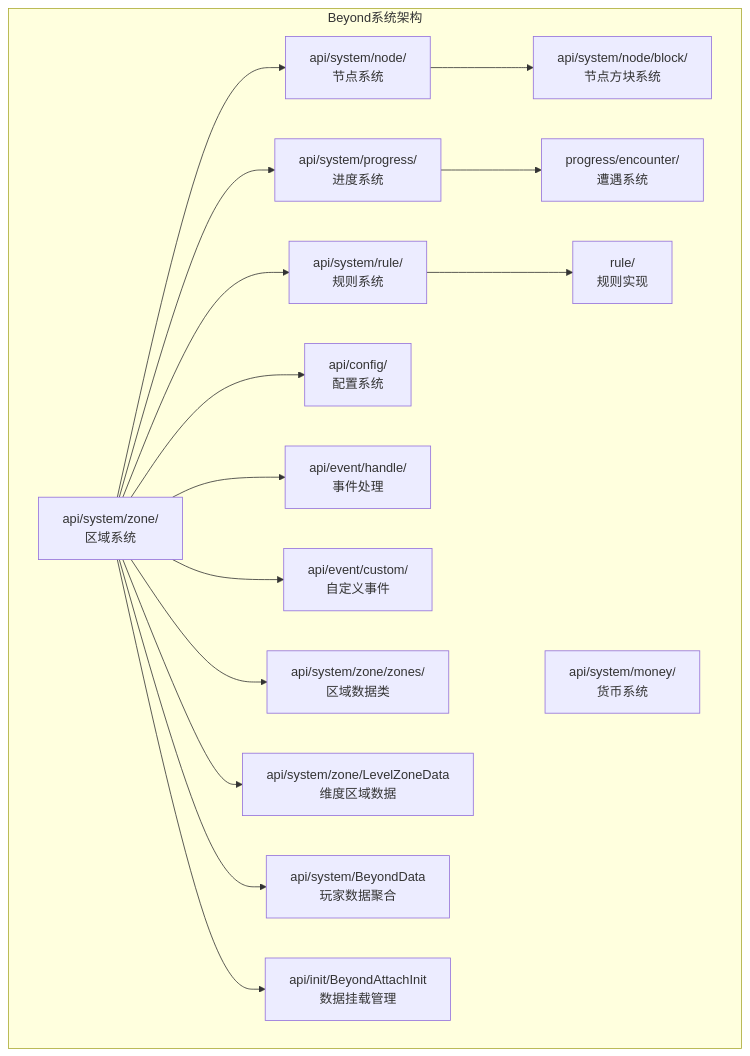
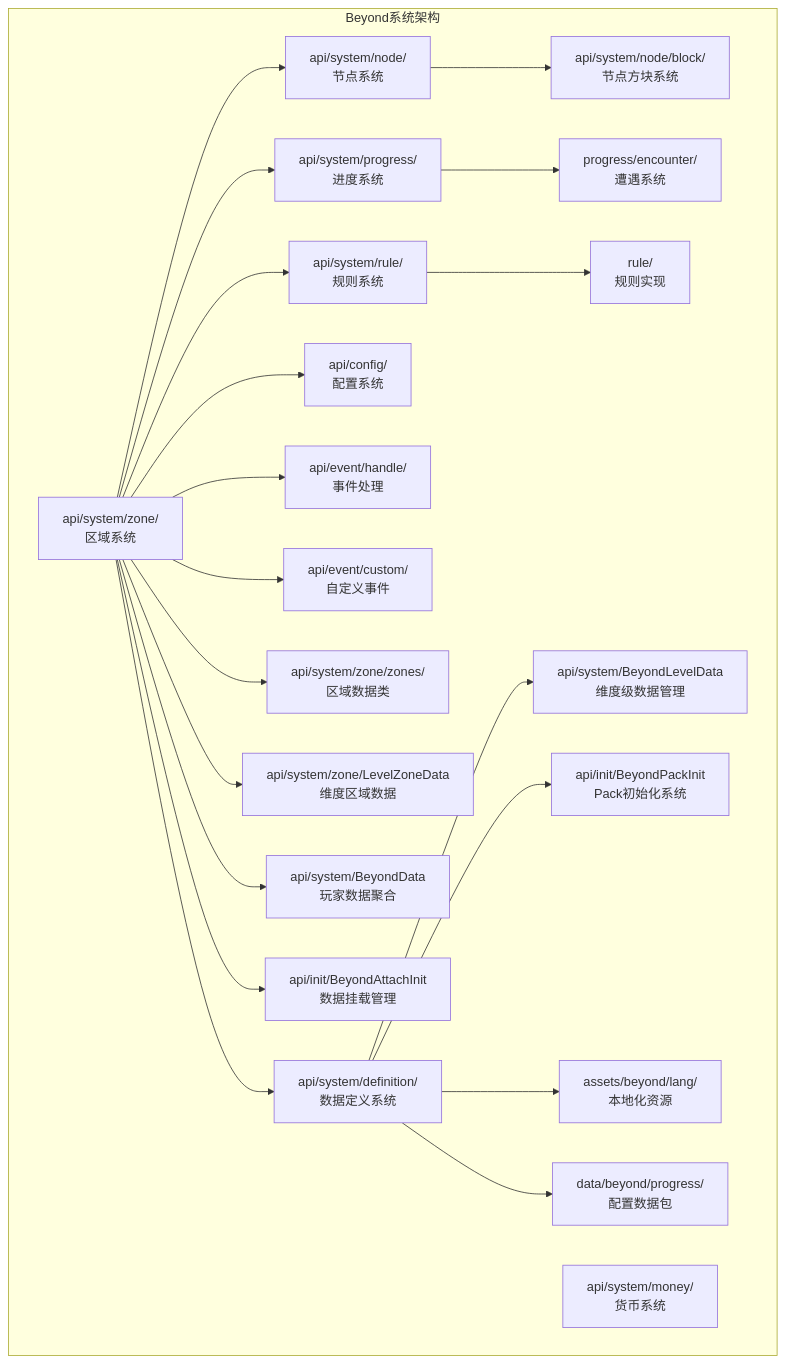
One commit to Ver-shift/SubModulesGeneHunter changed the first of 16 diagrams in .qoder/repowiki/zh/content/模块架构/Beyond安全区模块/Beyond安全区模块.md. Above: the diagram before and after it, drawn with Mermaid. The commit also changed other lines of this file and 49 other files, not shown here.

````diff
--- a/.qoder/repowiki/zh/content/模块架构/Beyond安全区模块/Beyond安全区模块.md
+++ b/.qoder/repowiki/zh/content/模块架构/Beyond安全区模块/Beyond安全区模块.md
@@ -81,33 +95,43 @@
 ```mermaid
 graph TB
 subgraph "Beyond系统架构"
 A["api/system/zone/<br/>区域系统"]
 B["api/system/node/<br/>节点系统"]
 C["api/system/progress/<br/>进度系统"]
 D["api/system/rule/<br/>规则系统"]
 E["api/system/money/<br/>货币系统"]
 F["api/system/node/block/<br/>节点方块系统"]
 G["progress/encounter/<br/>遭遇系统"]
 H["rule/<br/>规则实现"]
 I["api/config/<br/>配置系统"]
 J["api/event/handle/<br/>事件处理"]
 K["api/event/custom/<br/>自定义事件"]
 L["api/system/zone/zones/<br/>区域数据类"]
 M["api/system/zone/LevelZoneData<br/>维度区域数据"]
 N["api/system/BeyondData<br/>玩家数据聚合"]
 O["api/init/BeyondAttachInit<br/>数据挂载管理"]
+P["api/system/definition/<br/>数据定义系统"]
+Q["api/system/BeyondLevelData<br/>维度级数据管理"]
+R["api/init/BeyondPackInit<br/>Pack初始化系统"]
+S["assets/beyond/lang/<br/>本地化资源"]
+T["data/beyond/progress/<br/>配置数据包"]
 end
 A --> B
 A --> C
 A --> D
 B --> F
 C --> G
 D --> H
 A --> I
 A --> J
 A --> K
 A --> L
 A --> M
 A --> N
 A --> O
+A --> P
+P --> Q
+P --> R
+P --> S
+P --> T
 ```
````
